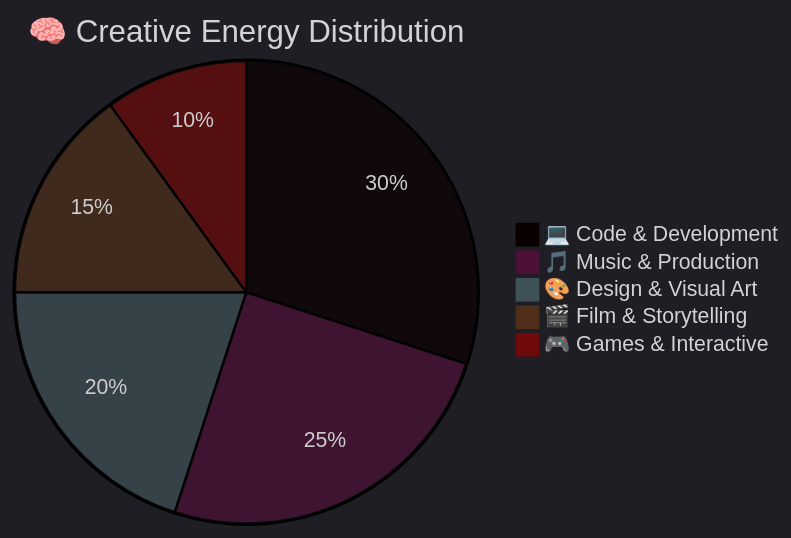
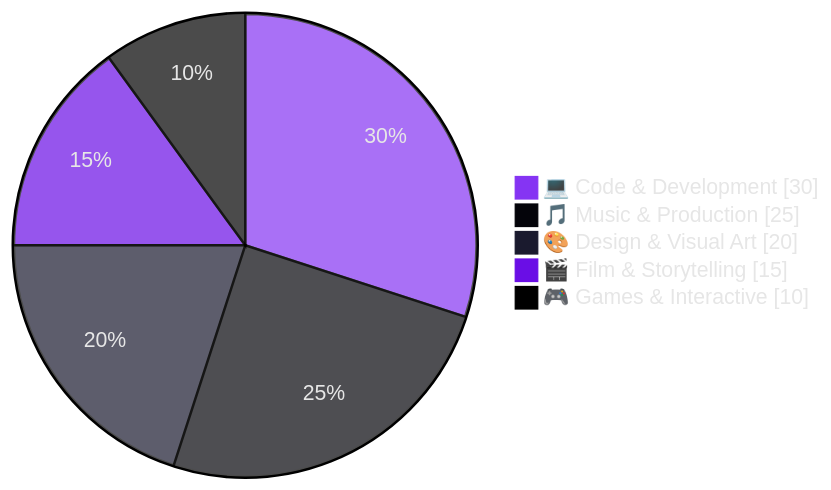
The second of 3 diagrams in README.md (iakadion/iakadion), drawn with Mermaid before and after one commit. The commit also changed other lines of this file and 9 other files, not shown here.

````diff
--- a/README.md
+++ b/README.md
@@ -333,9 +350,9 @@
 ```mermaid
-%%{init: {'theme':'dark','themeVariables':{'primaryColor':'#00f7f7','primaryTextColor':'#fff','lineColor':'#58a6ff'}}}%%
-pie title 🧠 Creative Energy Distribution
+%%{init: {'theme':'base','themeVariables':{'primaryColor':'#8534F3','primaryTextColor':'#E6E6E6','lineColor':'#00E5FF','secondaryColor':'#04040A','tertiaryColor':'#1a1a2e'}}}%%
+pie showData
     "💻 Code & Development" : 30
     "🎵 Music & Production" : 25
     "🎨 Design & Visual Art" : 20
     "🎬 Film & Storytelling" : 15
     "🎮 Games & Interactive" : 10
 ```
````
